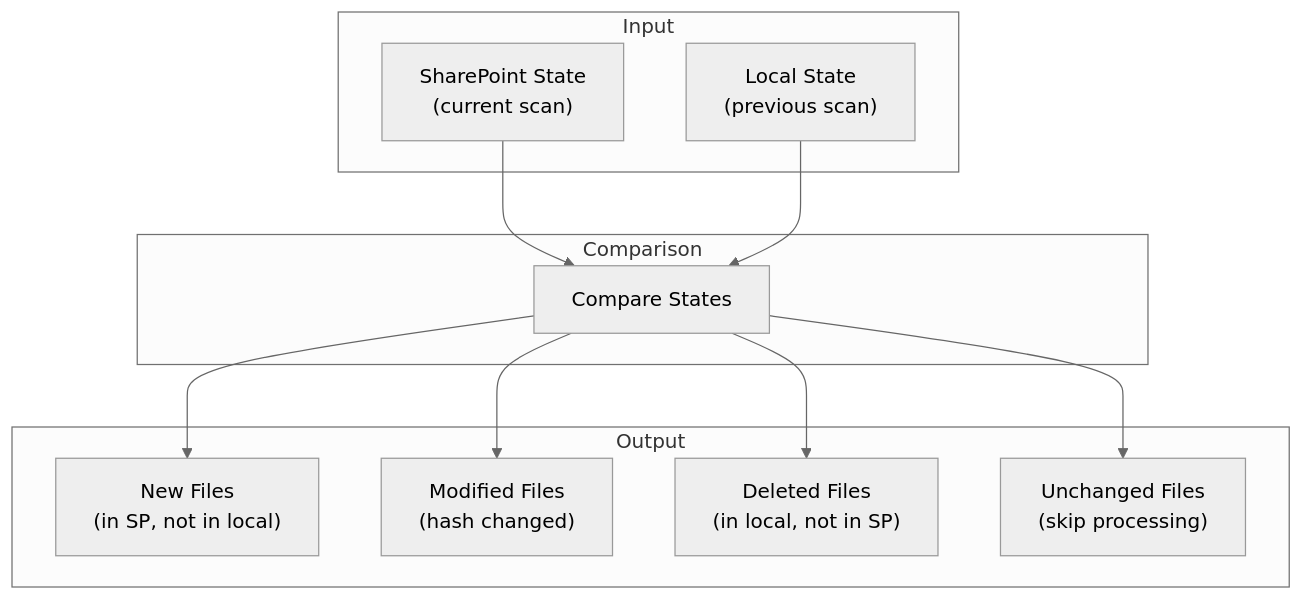
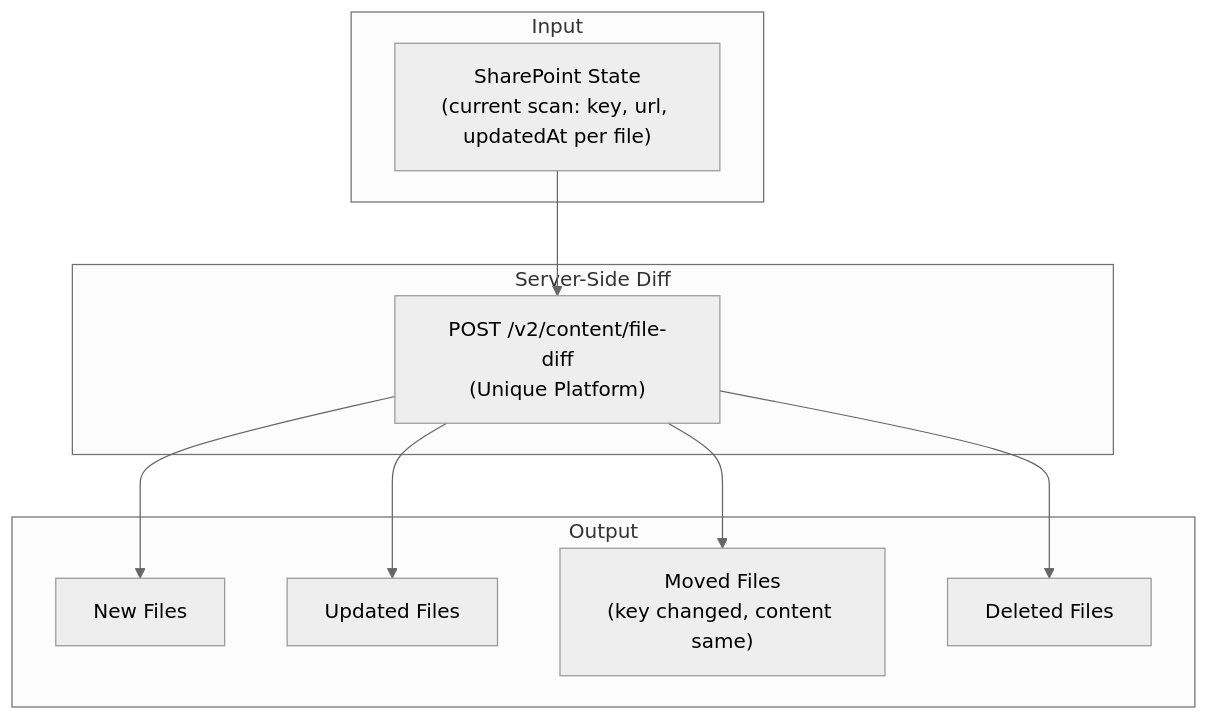
The seventh of 10 diagrams in services/sharepoint-connector/docs/technical/flows.md (Unique-AG/connectors), drawn with Mermaid (neutral theme) before and after one commit. The commit also changed other lines of this file and 8 other files, not shown here.

````diff
--- a/services/sharepoint-connector/docs/technical/flows.md
+++ b/services/sharepoint-connector/docs/technical/flows.md
@@ -303,25 +311,23 @@
 ```mermaid
 flowchart TB
     subgraph Input["Input"]
-        SharePointState["SharePoint State<br/>(current scan)"]
-        LocalState["Local State<br/>(previous scan)"]
+        SharePointState["SharePoint State<br/>(current scan: key, url, updatedAt per file)"]
     end
 
-    subgraph Comparison["Comparison"]
-        Compare["Compare States"]
+    subgraph Comparison["Server-Side Diff"]
+        Compare["POST /v2/content/file-diff<br/>(Unique Platform)"]
     end
 
     subgraph Output["Output"]
-        New["New Files<br/>(in SP, not in local)"]
-        Modified["Modified Files<br/>(hash changed)"]
-        Deleted["Deleted Files<br/>(in local, not in SP)"]
-        Unchanged["Unchanged Files<br/>(skip processing)"]
+        New["New Files"]
+        Modified["Updated Files"]
+        Moved["Moved Files<br/>(key changed, content same)"]
+        Deleted["Deleted Files"]
     end
 
     SharePointState --> Compare
-    LocalState --> Compare
     Compare --> New
     Compare --> Modified
+    Compare --> Moved
     Compare --> Deleted
-    Compare --> Unchanged
 ```
````
